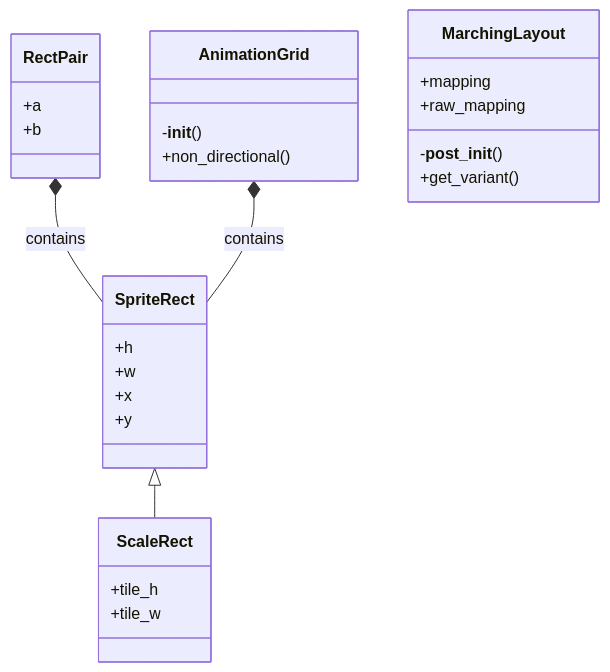
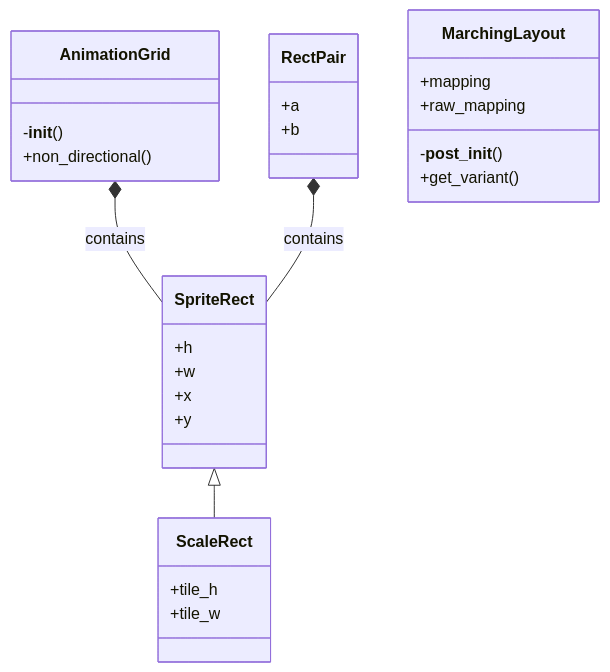
One commit to FlamboyantKiwi/Python-Plant-Sim changed the diagram in diagrams/uml/geometry_uml.md. Above: the diagram before and after it, drawn with Mermaid. The commit also changed other lines of this file and 15 other files, not shown here.

````diff
--- a/diagrams/uml/geometry_uml.md
+++ b/diagrams/uml/geometry_uml.md
@@ -1,30 +1,30 @@
 ```mermaid
 classDiagram
     SpriteRect <|-- ScaleRect
+    AnimationGrid *-- SpriteRect : contains
     RectPair *-- SpriteRect : contains
-    AnimationGrid *-- SpriteRect : contains
     class SpriteRect {
         +h
         +w
         +x
         +y
     }
     class ScaleRect {
         +tile_h
         +tile_w
     }
     class RectPair {
         +a
         +b
     }
     class AnimationGrid {
         -__init__()
         +non_directional()
     }
     class MarchingLayout {
         +mapping
         +raw_mapping
         -__post_init__()
         +get_variant()
     }
 ```
````
